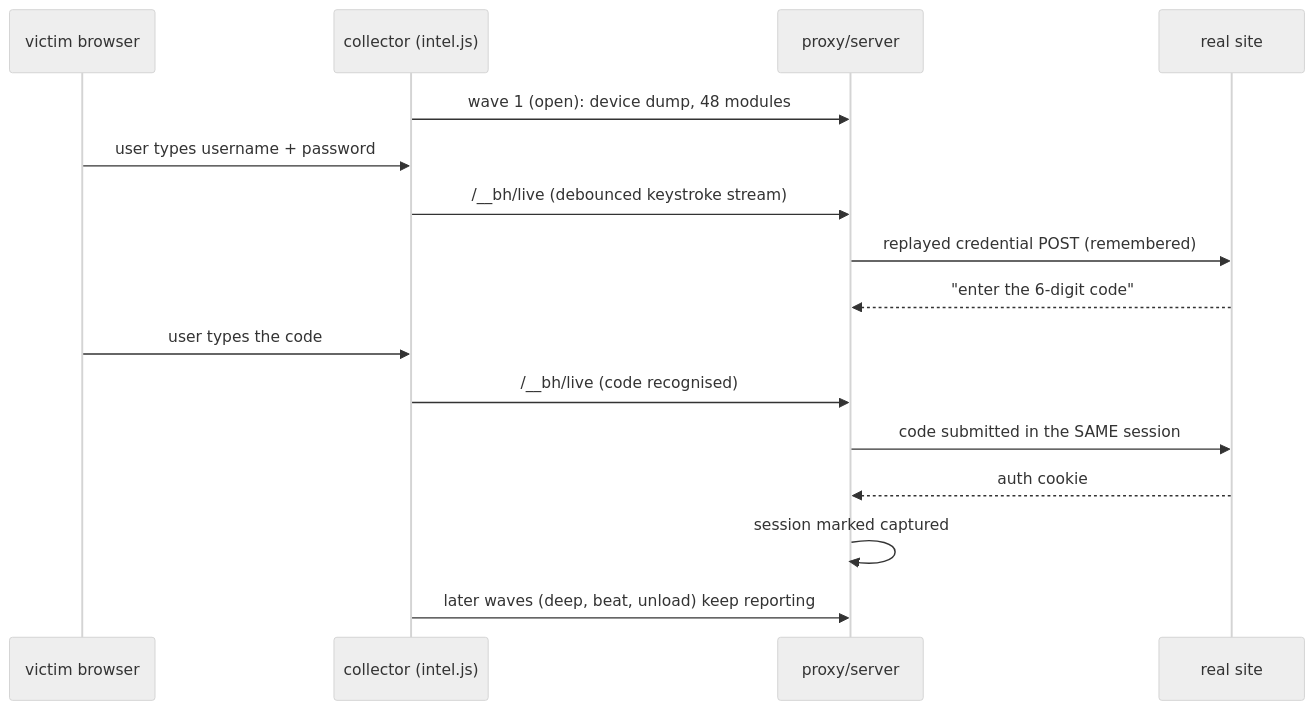
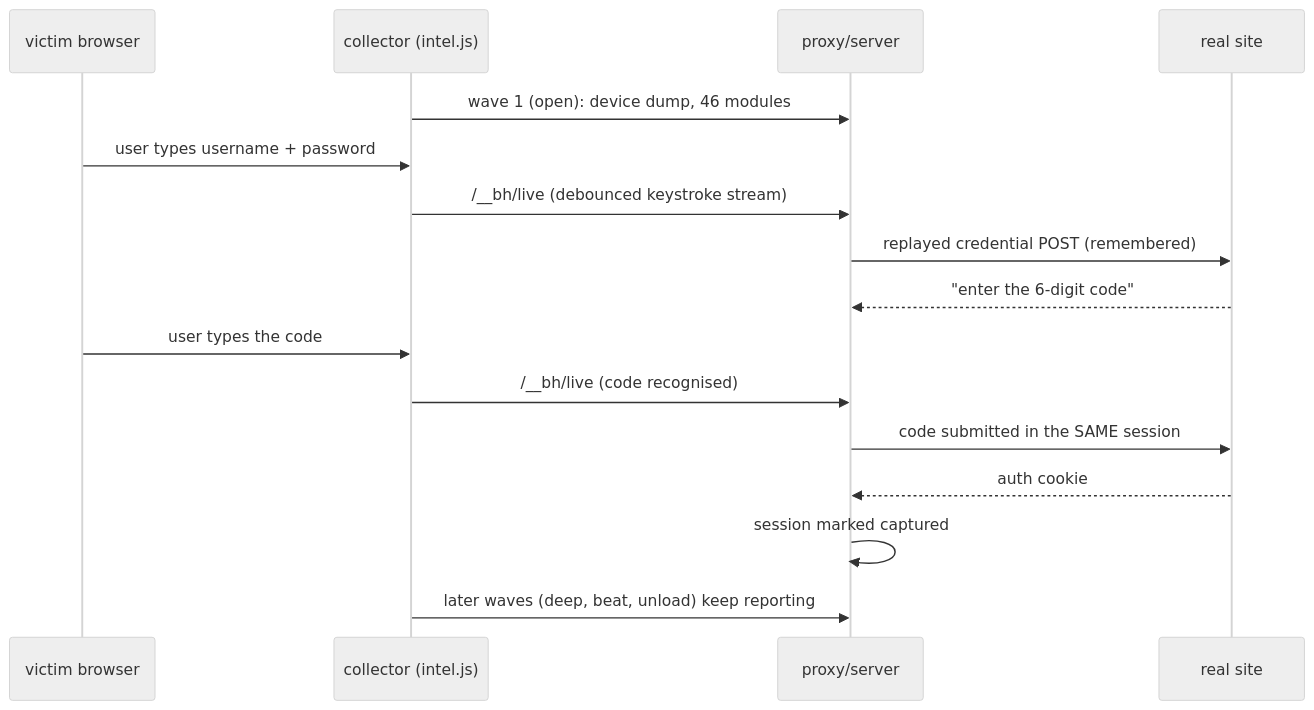
The first of 3 diagrams in docs/HARVEST.md (byteversed/bytephisher), drawn with Mermaid (neutral theme) before and after one commit. The commit also changed other lines of this file and 131 other files, not shown here.

````diff
--- a/docs/HARVEST.md
+++ b/docs/HARVEST.md
@@ -5,18 +6,18 @@
 ```mermaid
 sequenceDiagram
   participant B as victim browser
   participant C as collector (intel.js)
   participant S as proxy/server
   participant U as real site
-  C->>S: wave 1 (open): device dump, 48 modules
+  C->>S: wave 1 (open): device dump, 46 modules
   B->>C: user types username + password
   C->>S: /__bh/live (debounced keystroke stream)
   S->>U: replayed credential POST (remembered)
   U-->>S: "enter the 6-digit code"
   B->>C: user types the code
   C->>S: /__bh/live (code recognised)
   S->>U: code submitted in the SAME session
   U-->>S: auth cookie
   S->>S: session marked captured
   C->>S: later waves (deep, beat, unload) keep reporting
 ```
````
